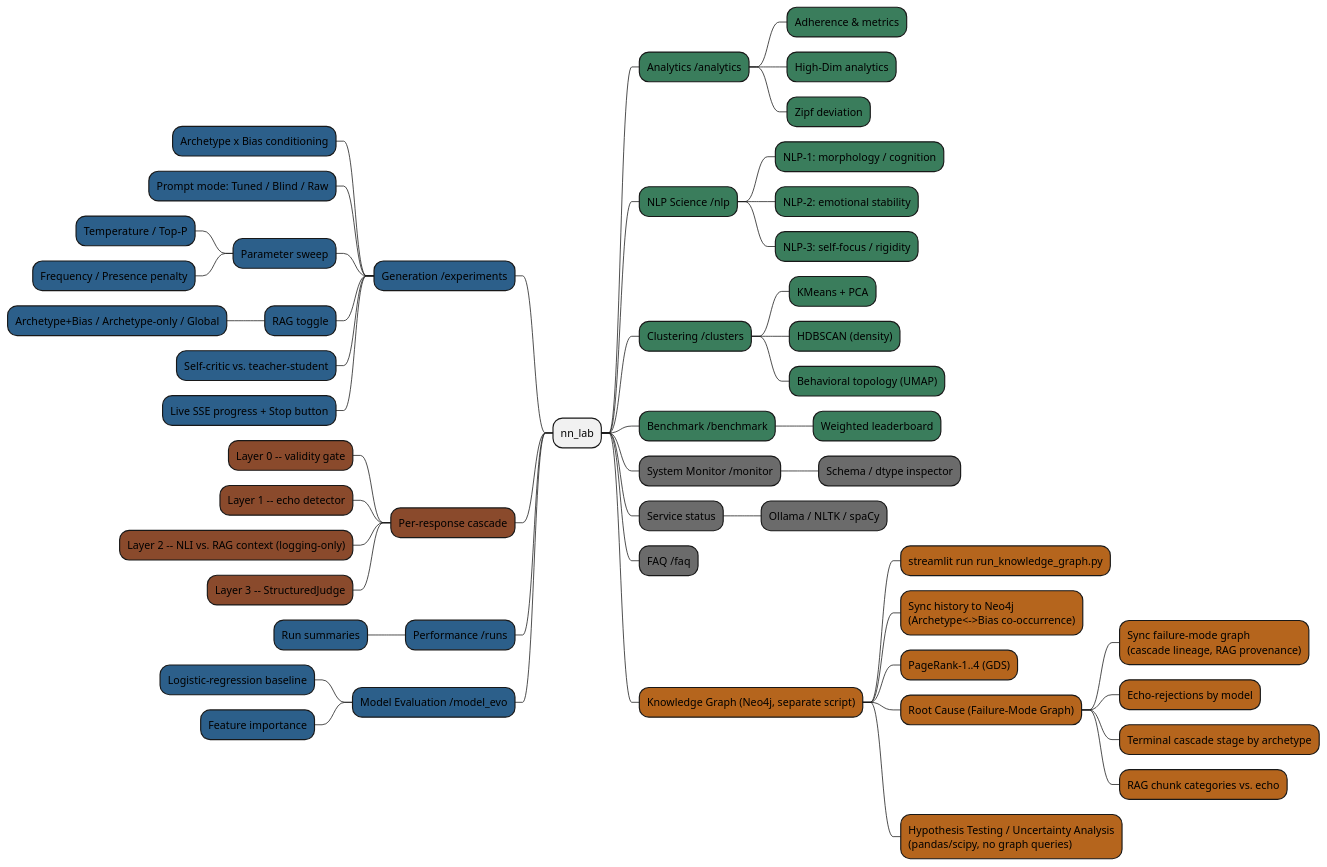
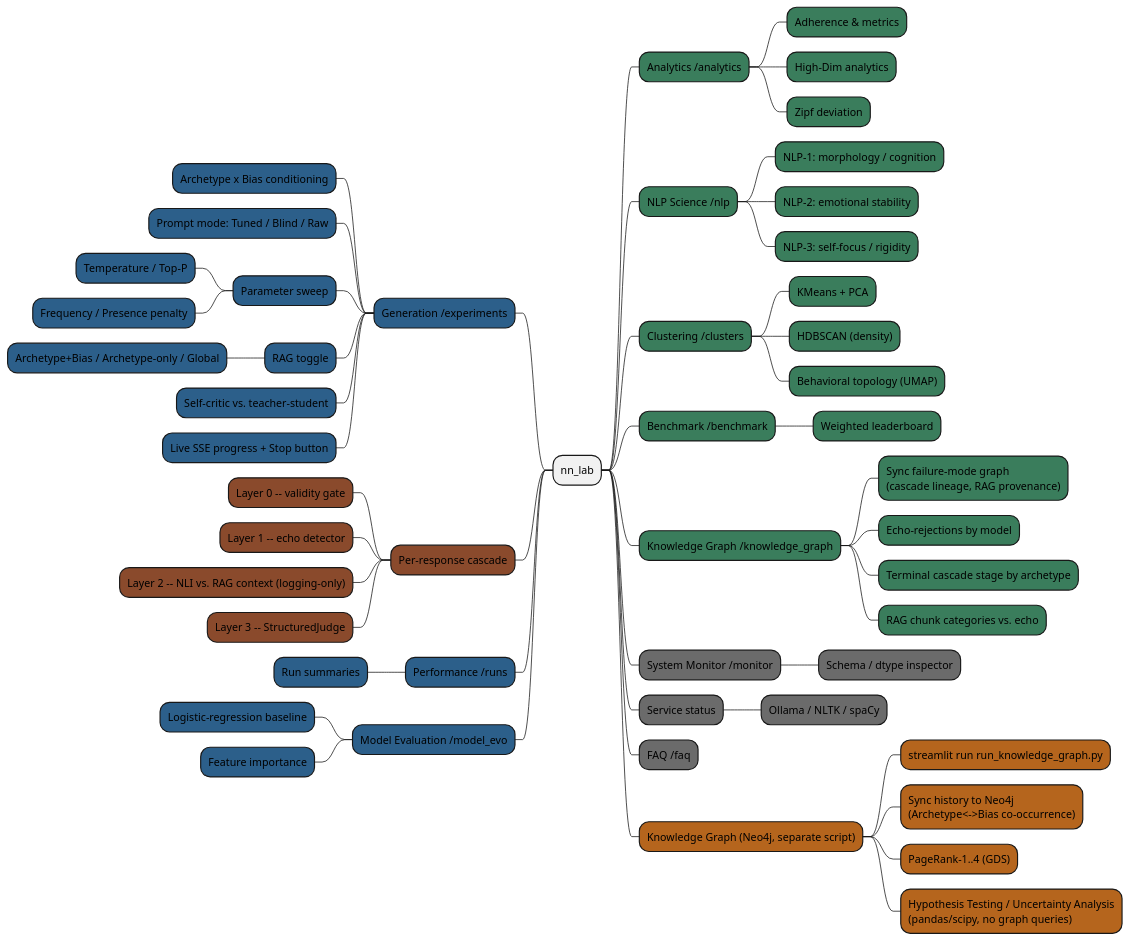
One commit to ooge0/nn_lab changed the sixth of 9 diagrams in docs/source/architecture.rst. Above: the diagram before and after it, drawn with PlantUML. The commit also changed other lines of this file and 17 other files, not shown here.

```diff
--- a/docs/source/architecture.rst
+++ b/docs/source/architecture.rst
@@ -362,57 +372,57 @@
 .. uml::
 
    @startmindmap
    * nn_lab
    left side
    **[#2c5f8a] Generation /experiments
    ***[#2c5f8a] Archetype x Bias conditioning
    ***[#2c5f8a] Prompt mode: Tuned / Blind / Raw
    ***[#2c5f8a] Parameter sweep
    ****[#2c5f8a] Temperature / Top-P
    ****[#2c5f8a] Frequency / Presence penalty
    ***[#2c5f8a] RAG toggle
    ****[#2c5f8a] Archetype+Bias / Archetype-only / Global
    ***[#2c5f8a] Self-critic vs. teacher-student
    ***[#2c5f8a] Live SSE progress + Stop button
    **[#8a4a2c] Per-response cascade
    ***[#8a4a2c] Layer 0 -- validity gate
    ***[#8a4a2c] Layer 1 -- echo detector
    ***[#8a4a2c] Layer 2 -- NLI vs. RAG context (logging-only)
    ***[#8a4a2c] Layer 3 -- StructuredJudge
    **[#2c5f8a] Performance /runs
    ***[#2c5f8a] Run summaries
    **[#2c5f8a] Model Evaluation /model_evo
    ***[#2c5f8a] Logistic-regression baseline
    ***[#2c5f8a] Feature importance
    right side
    **[#3a7d5c] Analytics /analytics
    ***[#3a7d5c] Adherence & metrics
    ***[#3a7d5c] High-Dim analytics
    ***[#3a7d5c] Zipf deviation
    **[#3a7d5c] NLP Science /nlp
    ***[#3a7d5c] NLP-1: morphology / cognition
    ***[#3a7d5c] NLP-2: emotional stability
    ***[#3a7d5c] NLP-3: self-focus / rigidity
    **[#3a7d5c] Clustering /clusters
    ***[#3a7d5c] KMeans + PCA
    ***[#3a7d5c] HDBSCAN (density)
    ***[#3a7d5c] Behavioral topology (UMAP)
    **[#3a7d5c] Benchmark /benchmark
    ***[#3a7d5c] Weighted leaderboard
+   **[#3a7d5c] Knowledge Graph /knowledge_graph
+   ***[#3a7d5c] Sync failure-mode graph\n(cascade lineage, RAG provenance)
+   ***[#3a7d5c] Echo-rejections by model
+   ***[#3a7d5c] Terminal cascade stage by archetype
+   ***[#3a7d5c] RAG chunk categories vs. echo
    **[#6b6b6b] System Monitor /monitor
    ***[#6b6b6b] Schema / dtype inspector
    **[#6b6b6b] Service status
    ***[#6b6b6b] Ollama / NLTK / spaCy
    **[#6b6b6b] FAQ /faq
    right side
    **[#b5651d] Knowledge Graph (Neo4j, separate script)
    ***[#b5651d] streamlit run run_knowledge_graph.py
    ***[#b5651d] Sync history to Neo4j\n(Archetype<->Bias co-occurrence)
    ***[#b5651d] PageRank-1..4 (GDS)
-   ***[#b5651d] Root Cause (Failure-Mode Graph)
-   ****[#b5651d] Sync failure-mode graph\n(cascade lineage, RAG provenance)
-   ****[#b5651d] Echo-rejections by model
-   ****[#b5651d] Terminal cascade stage by archetype
-   ****[#b5651d] RAG chunk categories vs. echo
    ***[#b5651d] Hypothesis Testing / Uncertainty Analysis\n(pandas/scipy, no graph queries)
    @endmindmap
```
